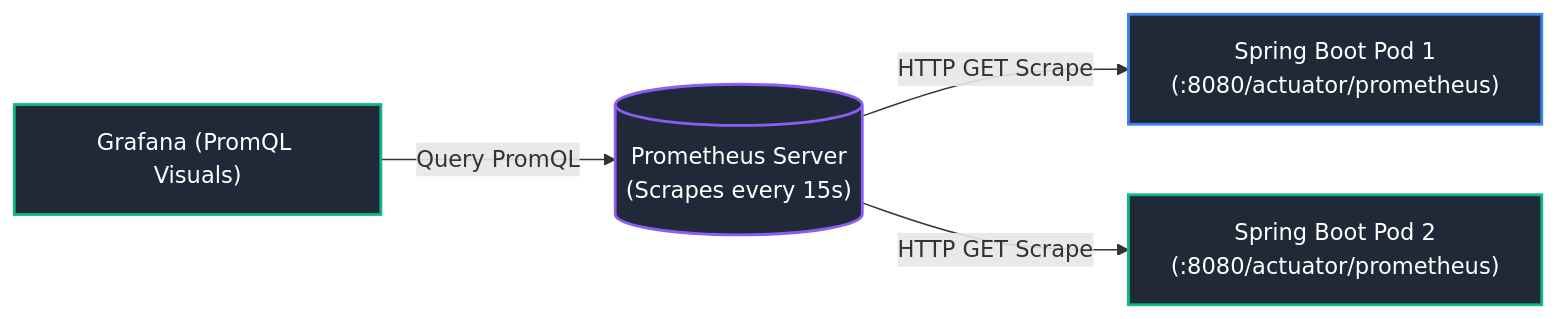
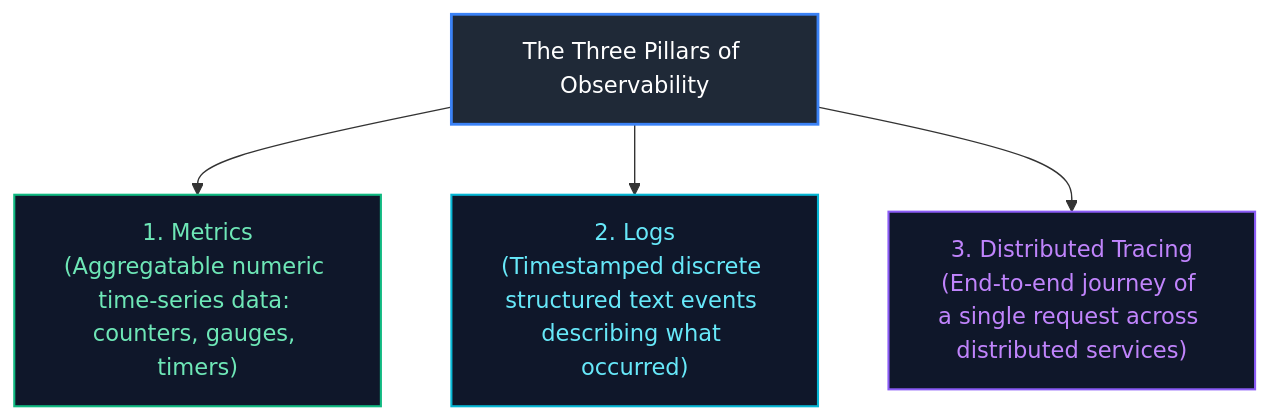
Before and after one commit to joydeep-biswas/Interview-Preparation: the fourth of 5 diagrams in Java Backend Engineering/14_testing_observability_performance_production_engineering.md, drawn with Mermaid. The commit also changed other lines of this file and 143 other files, not shown here.

````diff
--- a/Java Backend Engineering/14_testing_observability_performance_production_engineering.md
+++ b/Java Backend Engineering/14_testing_observability_performance_production_engineering.md
@@ -556,16 +956,12 @@
 ```mermaid
-flowchart LR
-    App1["Spring Boot Pod 1<br/>(:8080/actuator/prometheus)"]
-    App2["Spring Boot Pod 2<br/>(:8080/actuator/prometheus)"]
-    Prometheus[("Prometheus Server<br/>(Scrapes every 15s)")]
-    Grafana["Grafana (PromQL Visuals)"]
+flowchart TD
+    Obs["The Three Pillars of Observability"]
+    Obs --> Metrics["1. Metrics<br/>(Aggregatable numeric time-series data: counters, gauges, timers)"]
+    Obs --> Logs["2. Logs<br/>(Timestamped discrete structured text events describing what occurred)"]
+    Obs --> Traces["3. Distributed Tracing<br/>(End-to-end journey of a single request across distributed services)"]
 
-    Prometheus -->|HTTP GET Scrape| App1
-    Prometheus -->|HTTP GET Scrape| App2
-    Grafana -->|Query PromQL| Prometheus
-
-    style App1 fill:#1f2937,stroke:#3b82f6,stroke-width:2px,color:#fff
-    style App2 fill:#1f2937,stroke:#10b981,stroke-width:2px,color:#fff
-    style Prometheus fill:#1f2937,stroke:#8b5cf6,stroke-width:2px,color:#fff
-    style Grafana fill:#1f2937,stroke:#10b981,stroke-width:2px,color:#fff
+    style Obs fill:#1f2937,stroke:#3b82f6,stroke-width:2px,color:#fff
+    style Metrics fill:#0f172a,stroke:#10b981,stroke-width:1.5px,color:#6ee7b7
+    style Logs fill:#0f172a,stroke:#06b6d4,stroke-width:1.5px,color:#67e8f9
+    style Traces fill:#0f172a,stroke:#8b5cf6,stroke-width:1.5px,color:#c084fc
 ```
````
